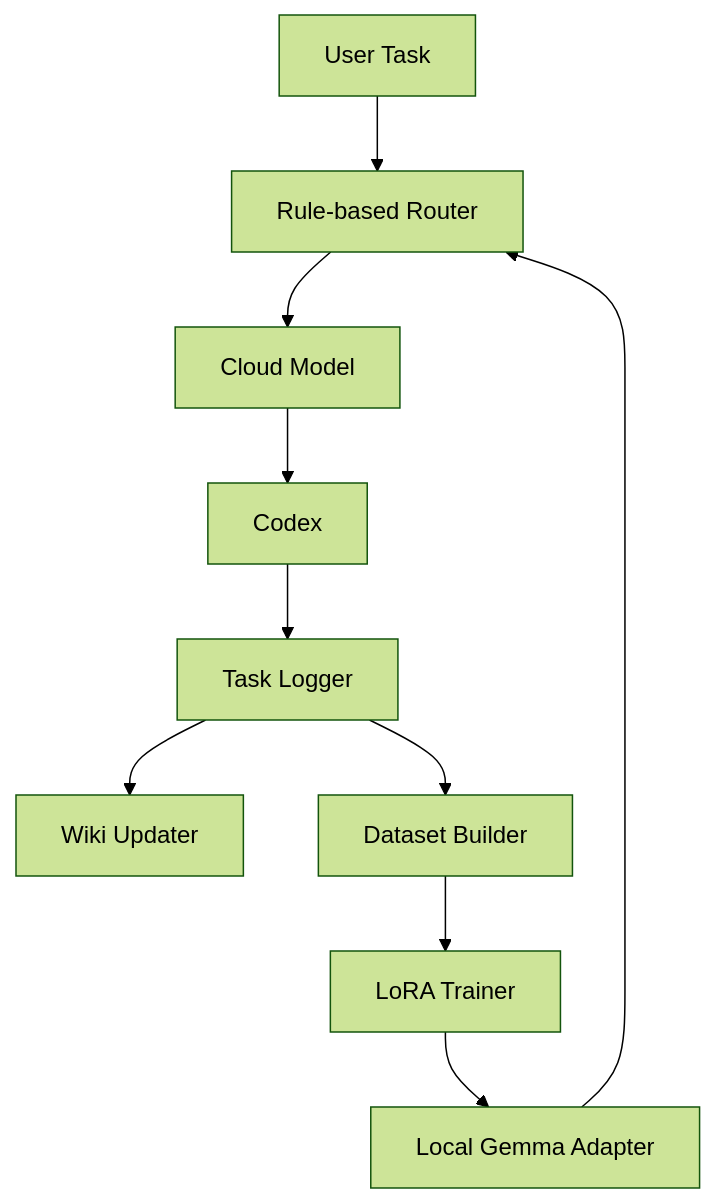
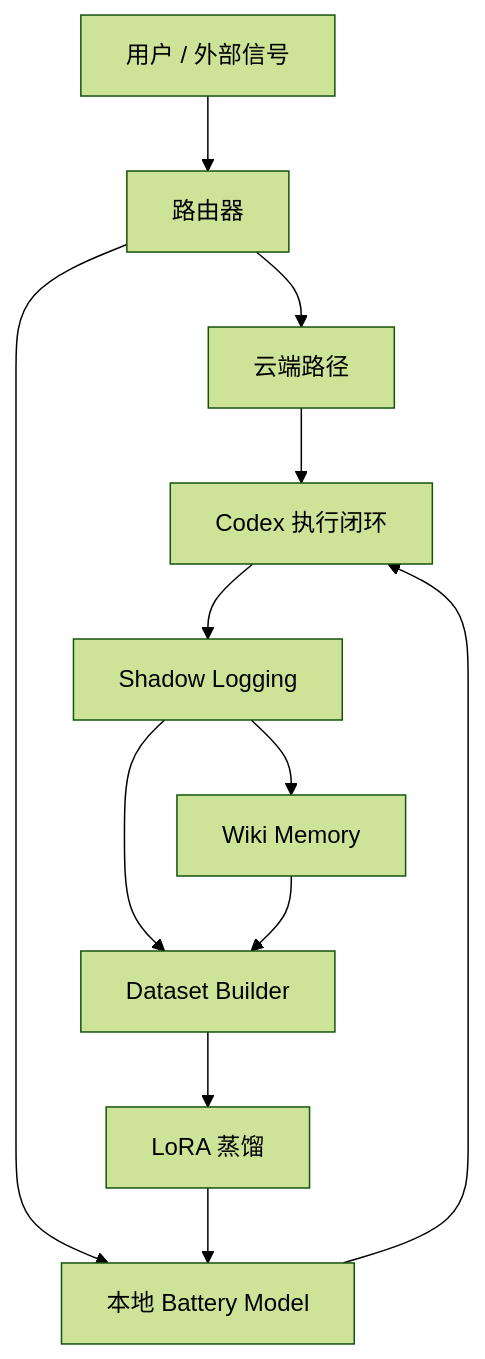
The second of 2 diagrams in docs/system-architecture-appendix-v1.md (Oepn-Lume/Lume), drawn with Mermaid (forest theme) before and after one commit. The commit also changed other lines of this file and 13 other files, not shown here.

````diff
--- a/docs/system-architecture-appendix-v1.md
+++ b/docs/system-architecture-appendix-v1.md
@@ -223,12 +35,14 @@
 ```mermaid
 flowchart TD
-    U["User Task"] --> R["Rule-based Router"]
-    R --> C["Cloud Model"]
-    C --> X["Codex"]
-    X --> L["Task Logger"]
-    L --> W["Wiki Updater"]
-    L --> D["Dataset Builder"]
-    D --> T["LoRA Trainer"]
-    T --> B["Local Gemma Adapter"]
-    B --> R
+    U["用户 / 外部信号"] --> R["路由器"]
+    R --> C["云端路径"]
+    R --> L["本地 Battery Model"]
+    C --> E["Codex 执行闭环"]
+    L --> E
+    E --> S["Shadow Logging"]
+    S --> W["Wiki Memory"]
+    S --> D["Dataset Builder"]
+    W --> D
+    D --> T["LoRA 蒸馏"]
+    T --> L
 ```
````
